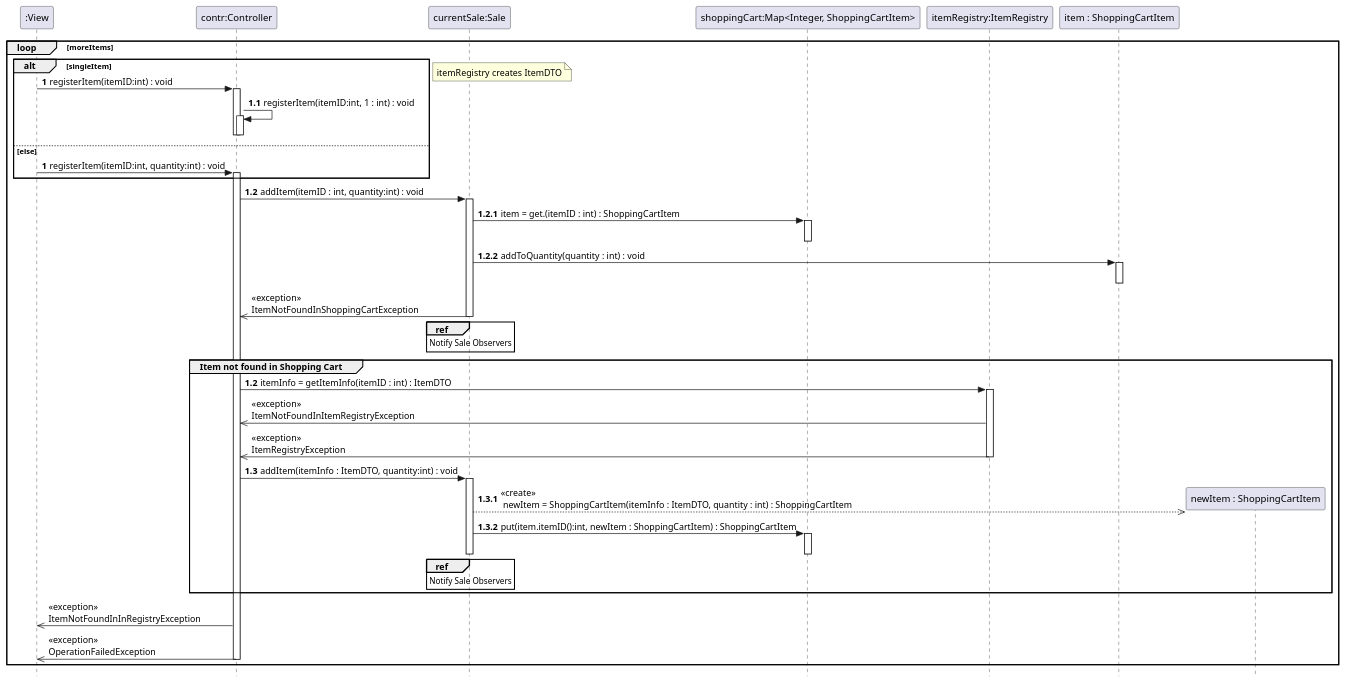
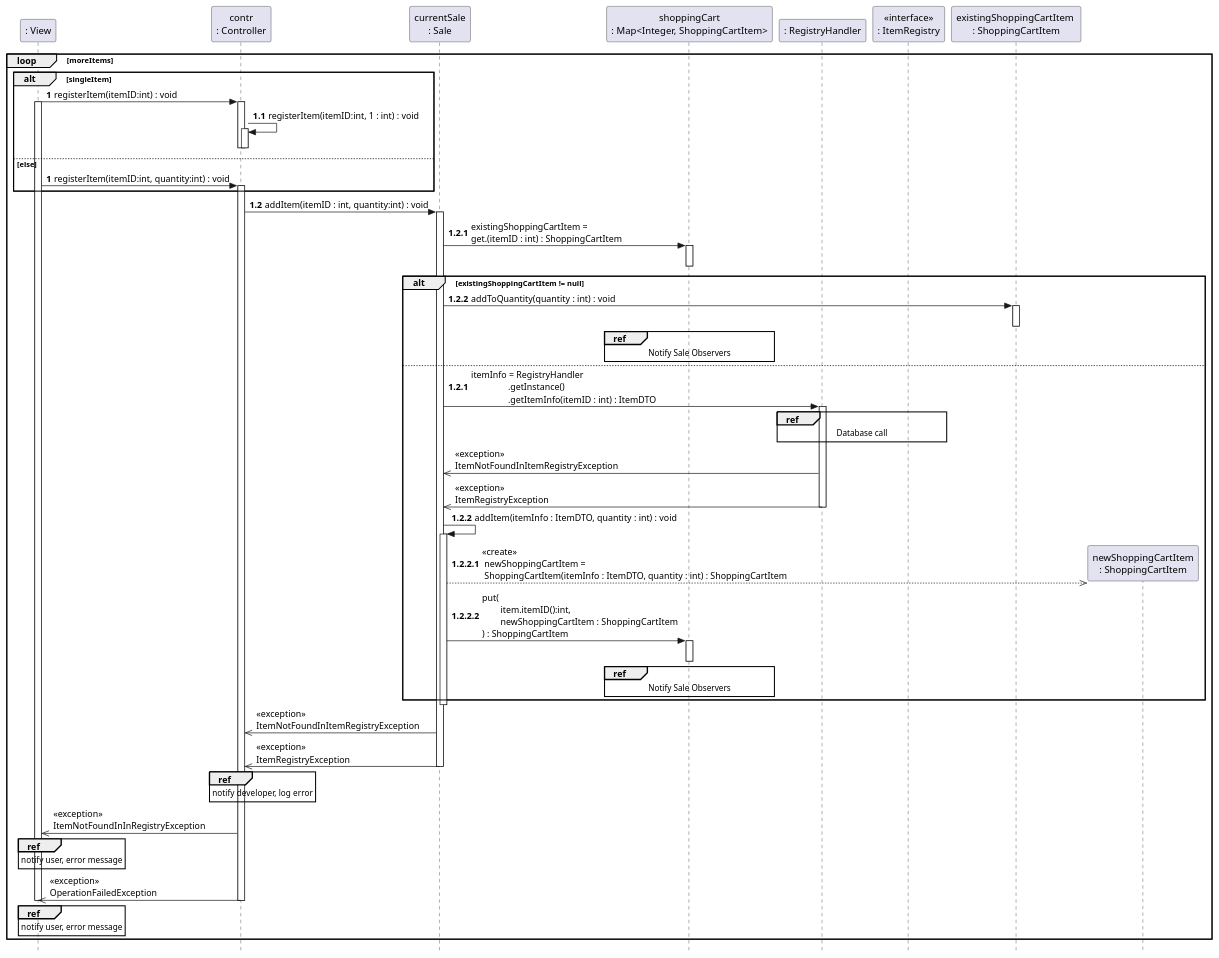
One commit to VincentFerrigan/kth-iv1350-object-oriented-design changed the fifth of 11 diagrams in uml/uml_v3.puml. Above: the diagram before and after it, drawn with PlantUML. The commit also changed other lines of this file, not shown here.

Commit message:
Updated start sale and reg item

```diff
--- a/uml/uml_v3.puml
+++ b/uml/uml_v3.puml
@@ -680,87 +676,98 @@
 @startuml
 skinparam style strictuml
 
 'title registerItem
 'REGISTERITEM
 hide unlinked
-participant ":View" as View
-participant "contr:Controller" as contr
-participant "currentSale:Sale" as currentSale
-participant "shoppingCart:Map<Integer, ShoppingCartItem>" as shoppingCart
-participant "itemRegistry:ItemRegistry" as itemRegistry
-participant "item : ShoppingCartItem" as item
-participant "newItem : ShoppingCartItem" as newItem
+participant ": View" as View
+participant "contr\n: Controller" as contr
+participant "currentSale\n: Sale" as currentSale
+participant "shoppingCart\n: Map<Integer, ShoppingCartItem>" as shoppingCart
+participant ": RegistryHandler" as RegistryHandler
+'interface ": ItemRegistry" as ItemRegistry
+participant "<<interface>>\n: ItemRegistry" as ItemRegistry
+participant "existingShoppingCartItem \n: ShoppingCartItem" as oldItem
+participant "newShoppingCartItem\n: ShoppingCartItem" as newItem
 
 loop moreItems
 '[validIdentifier]
     alt singleItem
         autonumber 1
         View -> contr : registerItem(itemID:int) : void
+        activate View
         activate contr
         autonumber 1.1
         contr -> contr : registerItem(itemID:int, 1 : int) : void
         activate contr
         deactivate contr
         deactivate contr
 
    else else
         autonumber 1
         View -> contr : registerItem(itemID:int, quantity:int) : void
         activate contr
    end
-        deactivate itemRegistry
-        note right: itemRegistry creates ItemDTO
-
         autonumber 1.2
         contr -> currentSale : addItem(itemID : int, quantity:int) : void
         activate currentSale
             autonumber 1.2.1
-            currentSale -> shoppingCart : item = get.(itemID : int) : ShoppingCartItem
-            activate shoppingCart
-            deactivate shoppingCart
-            autonumber 1.2.2
-            currentSale -> item : addToQuantity(quantity : int) : void
-            activate item
-            deactivate item
-            autonumber stop
-            contr <<- currentSale : <<exception>>\nItemNotFoundInShoppingCartException
-            ref over currentSale
-                Notify Sale Observers
-            end ref
+            currentSale -> shoppingCart : existingShoppingCartItem = \nget.(itemID : int) : ShoppingCartItem
+                activate shoppingCart
+                deactivate shoppingCart
+            alt existingShoppingCartItem != null
+                autonumber 1.2.2
+                currentSale -> oldItem : addToQuantity(quantity : int) : void
+            ref over shoppingCart : Notify Sale Observers
+                activate oldItem
+                deactivate oldItem
+            else
+                autonumber 1.2.1
+                currentSale -> RegistryHandler : itemInfo = RegistryHandler\n\t\t.getInstance()\n\t\t.getItemInfo(itemID : int) : ItemDTO
+                ref over RegistryHandler, ItemRegistry
+                    Database call
+                end ref
+                activate RegistryHandler
+                autonumber stop
+                currentSale <<- RegistryHandler : <<exception>>\nItemNotFoundInItemRegistryException
+                currentSale <<- RegistryHandler : <<exception>>\nItemRegistryException
+                deactivate RegistryHandler
+
+                autonumber 1.2.2
+                currentSale -> currentSale : addItem(itemInfo : ItemDTO, quantity : int) : void
+                activate currentSale
+                autonumber 1.2.2.1
+                create newItem
+                currentSale -[dashed]->> newItem : <<create>> \n newShoppingCartItem = \n ShoppingCartItem(itemInfo : ItemDTO, quantity : int) : ShoppingCartItem
+'                activate newItem
+'                deactivate newItem
+                currentSale -> shoppingCart : put(\n\titem.itemID():int, \n\tnewShoppingCartItem : ShoppingCartItem\n) : ShoppingCartItem
+                activate shoppingCart
+                deactivate shoppingCart
+            ref over shoppingCart : Notify Sale Observers
+            end
+                deactivate currentSale
+
+'        activate currentSale
+                autonumber stop
+                    contr <<- currentSale : <<exception>>\nItemNotFoundInItemRegistryException
+                    contr <<- currentSale : <<exception>>\nItemRegistryException
+                    ref over contr : notify developer, log error
+
+'            autonumber 1.2.3
+'            currentSale -> currentSale
+'            activate currentSale
+'            deactivate currentSale
             deactivate currentSale
-'            activate currentSale
-        group Item not found in Shopping Cart
-            autonumber 1.2
-            contr -> itemRegistry : itemInfo = getItemInfo(itemID : int) : ItemDTO
-            activate itemRegistry
-            autonumber stop
-            contr <<- itemRegistry : <<exception>>\nItemNotFoundInItemRegistryException
-            contr <<- itemRegistry : <<exception>>\nItemRegistryException
-            deactivate itemRegistry
-            autonumber 1.3
-            contr -> currentSale : addItem(itemInfo : ItemDTO, quantity:int) : void
-            activate currentSale
-            autonumber 1.3.1
-            create newItem
-            currentSale -[dashed]->> newItem : <<create>> \n newItem = ShoppingCartItem(itemInfo : ItemDTO, quantity : int) : ShoppingCartItem
-'            activate newItem
-'            deactivate newItem
-            autonumber 1.3.2
-            currentSale -> shoppingCart : put(item.itemID():int, newItem : ShoppingCartItem) : ShoppingCartItem
-            activate shoppingCart
-            deactivate shoppingCart
-        deactivate currentSale
-            ref over currentSale
-                Notify Sale Observers
-            end ref
-        end
+                autonumber stop
+                    View <<- contr : <<exception>>\nItemNotFoundInInRegistryException
+                    ref over View : notify user, error message
+                    View <<- contr : <<exception>>\nOperationFailedException
+                    ref over View : notify user, error message
         autonumber stop
-            View <<- contr : <<exception>>\nItemNotFoundInInRegistryException
-            View <<- contr : <<exception>>\nOperationFailedException
-        deactivate contr
 
         deactivate contr
+        deactivate View
 end
 
 autonumber stop
 @enduml
```
